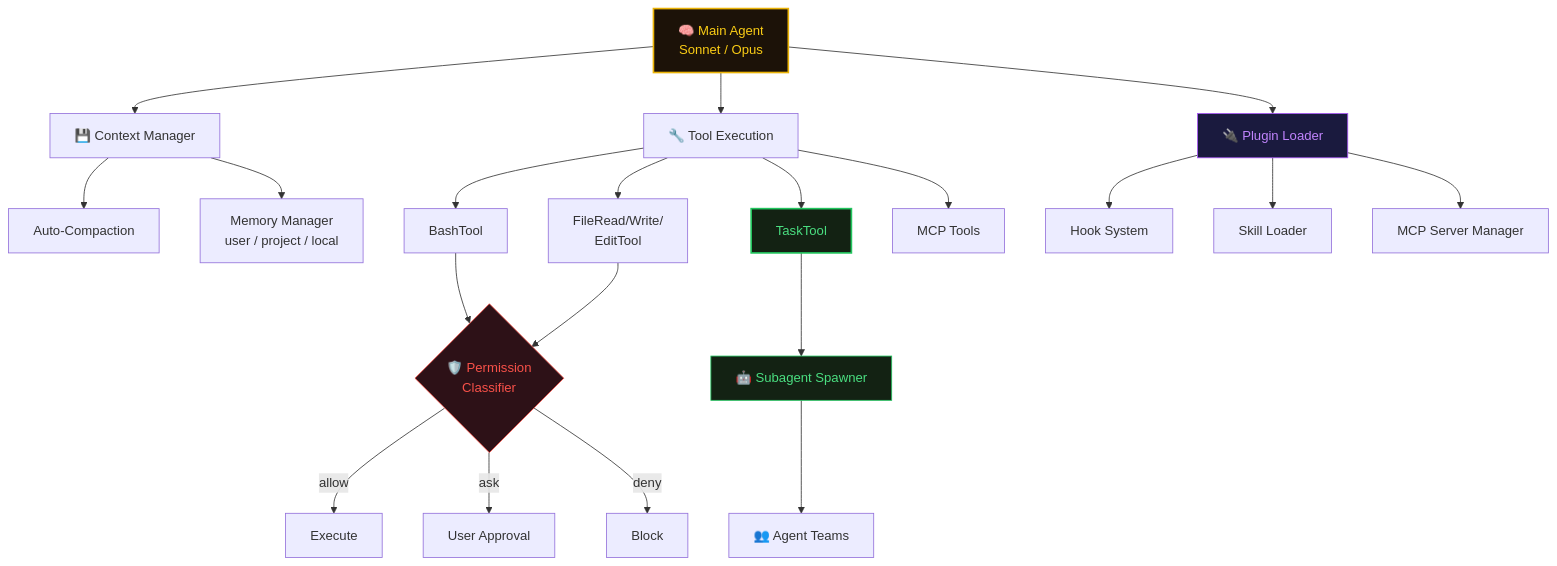
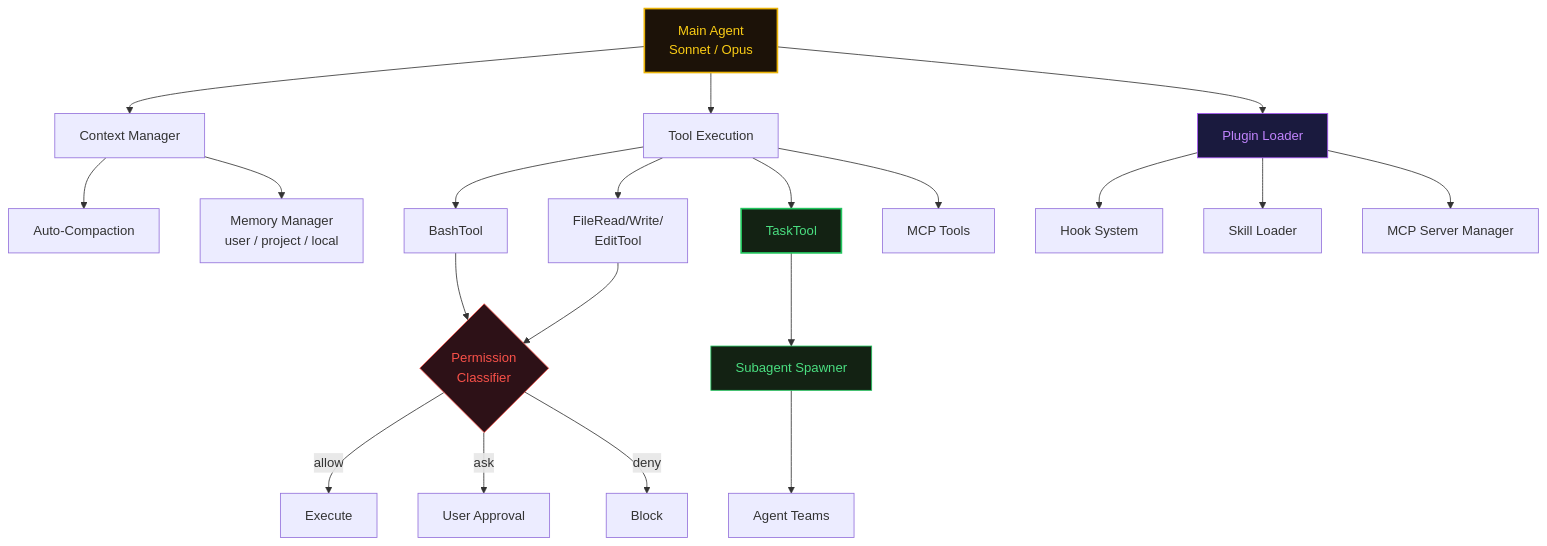
The first of 7 diagrams in 06-What-are-Subagents.md (alperhankendi/claude-code-mastery), drawn with Mermaid before and after one commit. The commit also changed other lines of this file, not shown here.

````diff
--- a/06-What-are-Subagents.md
+++ b/06-What-are-Subagents.md
@@ -35,32 +33,32 @@
 ```mermaid
 graph TD
-    MAIN["🧠 Main Agent<br/>Sonnet / Opus"] --> CTX["💾 Context Manager"]
+    MAIN["Main Agent<br/>Sonnet / Opus"] --> CTX["Context Manager"]
     CTX --> COMPACT["Auto-Compaction"]
     CTX --> MEM["Memory Manager<br/>user / project / local"]
 
-    MAIN --> TOOLS["🔧 Tool Execution"]
+    MAIN --> TOOLS["Tool Execution"]
     TOOLS --> BASH["BashTool"]
     TOOLS --> FILE["FileRead/Write/<br/>EditTool"]
     TOOLS --> TASK["TaskTool"]
     TOOLS --> MCPT["MCP Tools"]
 
-    BASH --> PERM{"🛡️ Permission<br/>Classifier"}
+    BASH --> PERM{"Permission<br/>Classifier"}
     FILE --> PERM
     PERM -- "allow" --> EXEC["Execute"]
     PERM -- "ask" --> ASK["User Approval"]
     PERM -- "deny" --> BLOCK["Block"]
 
-    TASK --> SPAWN["🤖 Subagent Spawner"]
-    SPAWN --> TEAMS["👥 Agent Teams"]
+    TASK --> SPAWN["Subagent Spawner"]
+    SPAWN --> TEAMS["Agent Teams"]
 
-    MAIN --> PLUGINS["🔌 Plugin Loader"]
+    MAIN --> PLUGINS["Plugin Loader"]
     PLUGINS --> HOOKS["Hook System"]
     PLUGINS --> SKILLS["Skill Loader"]
     PLUGINS --> MCPSRV["MCP Server Manager"]
 
     style MAIN fill:#1c1208,stroke:#eab308,stroke-width:2px,color:#facc15
     style TASK fill:#132213,stroke:#22c55e,stroke-width:2px,color:#4ade80
     style SPAWN fill:#132213,stroke:#22c55e,stroke-width:1px,color:#4ade80
     style PERM fill:#2d1117,stroke:#f85149,stroke-width:1px,color:#f85149
     style PLUGINS fill:#1a1a3e,stroke:#a855f7,stroke-width:1px,color:#c084fc
 ```
````
